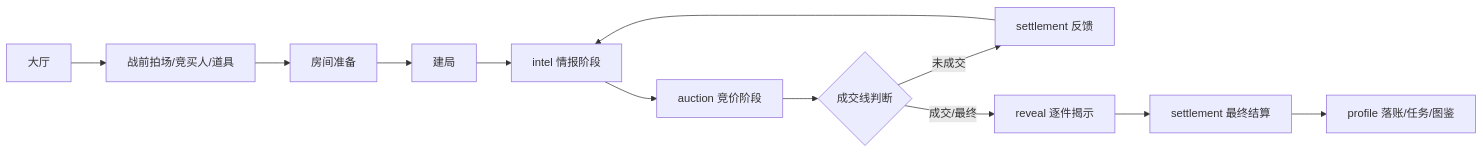
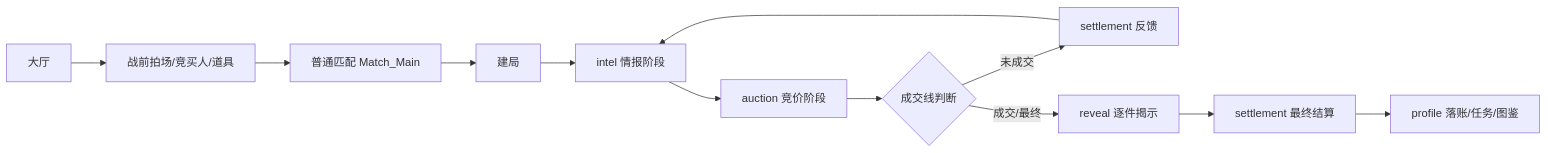
One commit to angelash/bidkingdom changed the diagram in doc/BidKingdom当前实现策划归档/20260526_BidKingdom策划归档_01_核心玩法与局内流程.md. Above: the diagram before and after it, drawn with Mermaid. The commit also changed other lines of this file and 40 other files, not shown here.

````diff
--- a/doc/BidKingdom当前实现策划归档/20260526_BidKingdom策划归档_01_核心玩法与局内流程.md
+++ b/doc/BidKingdom当前实现策划归档/20260526_BidKingdom策划归档_01_核心玩法与局内流程.md
@@ -21,14 +21,14 @@
 ```mermaid
 flowchart LR
   A["大厅"] --> B["战前拍场/竞买人/道具"]
-  B --> C["房间准备"]
+  B --> C["普通匹配 Match_Main"]
   C --> D["建局"]
   D --> H["intel 情报阶段"]
   H --> I["auction 竞价阶段"]
   I --> J{"成交线判断"}
   J -->|未成交| K["settlement 反馈"]
   K --> H
   J -->|成交/最终| L["reveal 逐件揭示"]
   L --> M["settlement 最终结算"]
   M --> N["profile 落账/任务/图鉴"]
 ```
````
